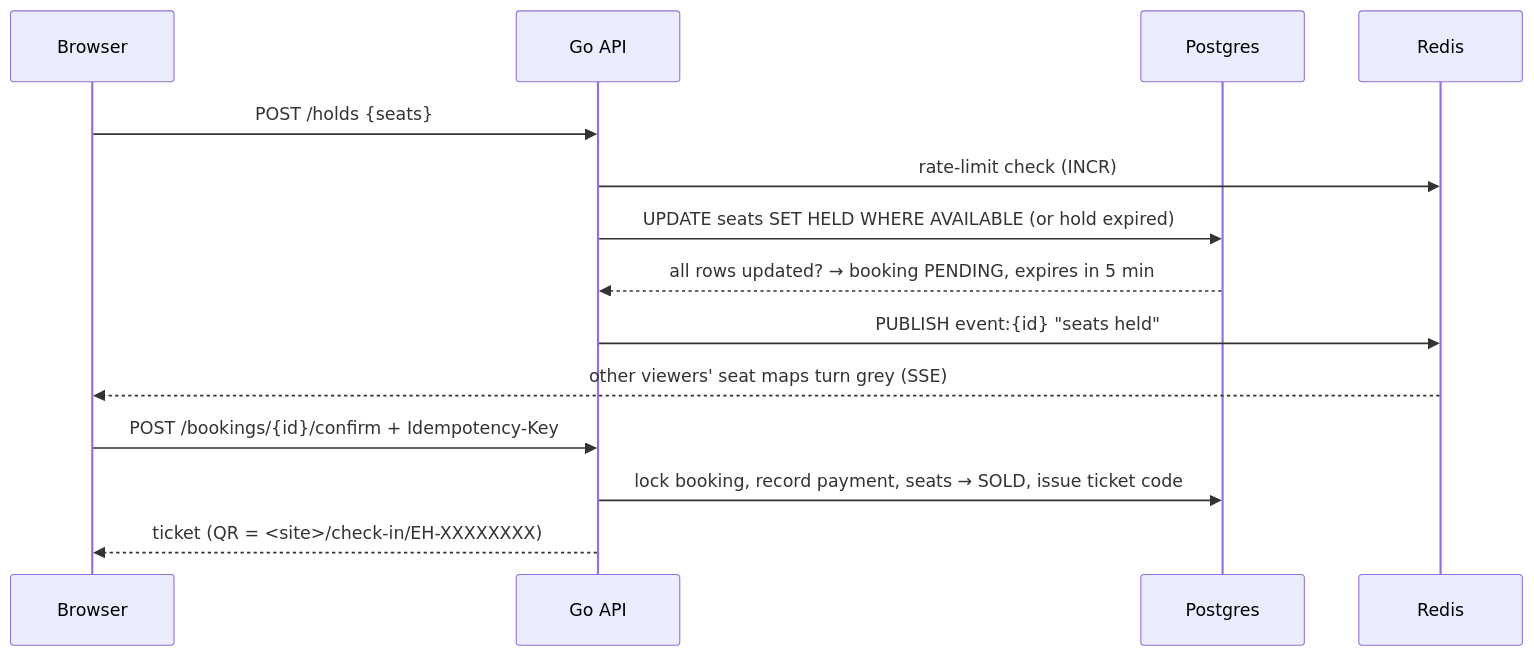
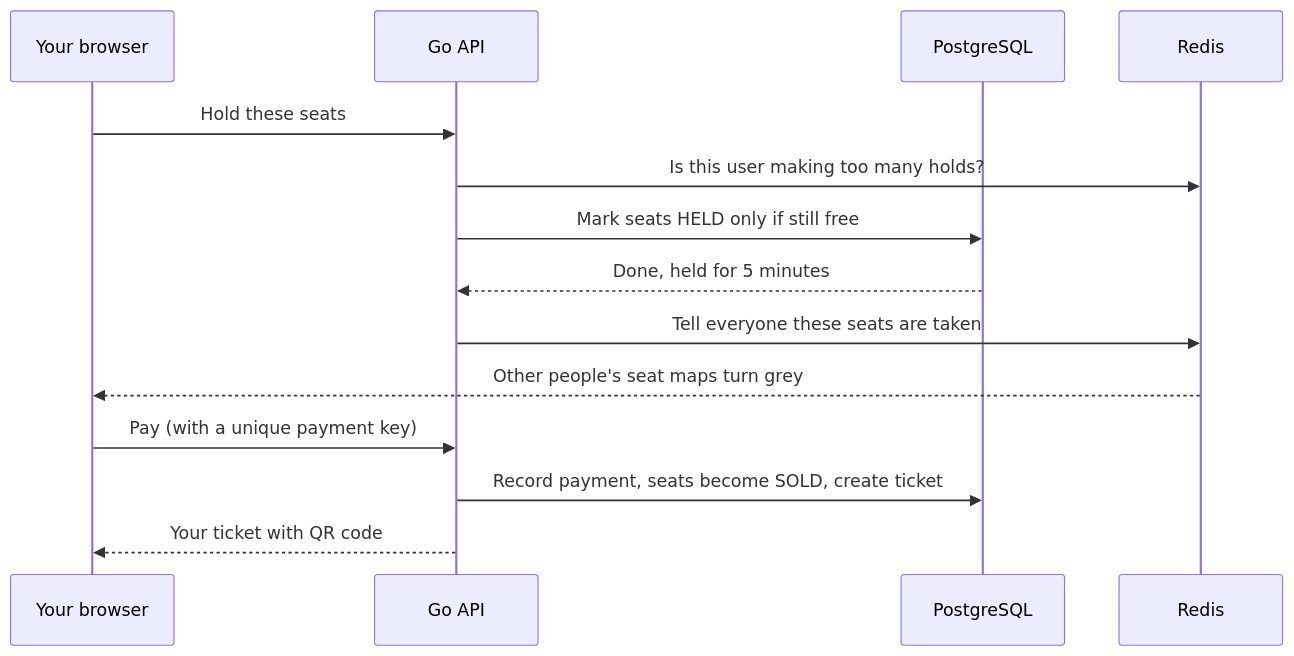
One commit to Badri-2915/eventhub changed the second of 2 diagrams in README.md. Above: the diagram before and after it, drawn with Mermaid. The commit also changed other lines of this file, not shown here.

````diff
--- a/README.md
+++ b/README.md
@@ -114,16 +175,16 @@
 ```mermaid
 sequenceDiagram
-    participant B as Browser
+    participant B as Your browser
     participant A as Go API
-    participant P as Postgres
+    participant P as PostgreSQL
     participant R as Redis
-    B->>A: POST /holds {seats}
-    A->>R: rate-limit check (INCR)
-    A->>P: UPDATE seats SET HELD WHERE AVAILABLE (or hold expired)
-    P-->>A: all rows updated? → booking PENDING, expires in 5 min
-    A->>R: PUBLISH event:{id} "seats held"
-    R-->>B: other viewers' seat maps turn grey (SSE)
-    B->>A: POST /bookings/{id}/confirm + Idempotency-Key
-    A->>P: lock booking, record payment, seats → SOLD, issue ticket code
-    A-->>B: ticket (QR = <site>/check-in/EH-XXXXXXXX)
+    B->>A: Hold these seats
+    A->>R: Is this user making too many holds?
+    A->>P: Mark seats HELD only if still free
+    P-->>A: Done, held for 5 minutes
+    A->>R: Tell everyone these seats are taken
+    R-->>B: Other people's seat maps turn grey
+    B->>A: Pay (with a unique payment key)
+    A->>P: Record payment, seats become SOLD, create ticket
+    A-->>B: Your ticket with QR code
 ```
````
